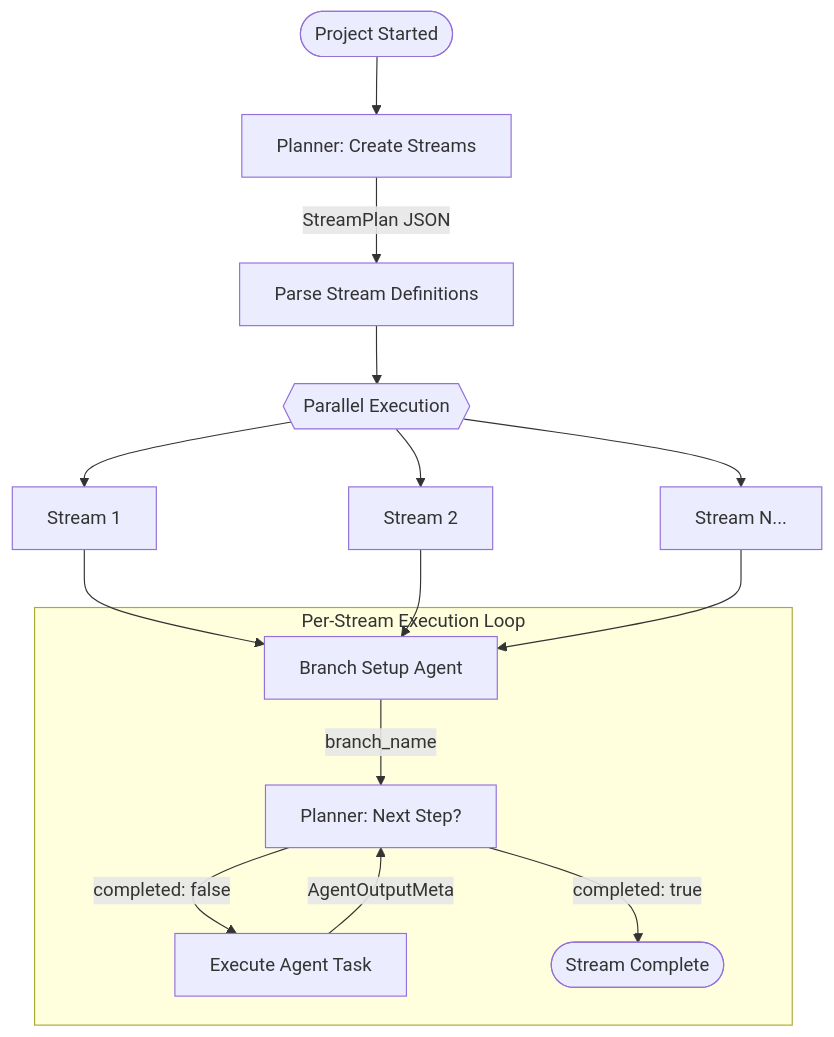
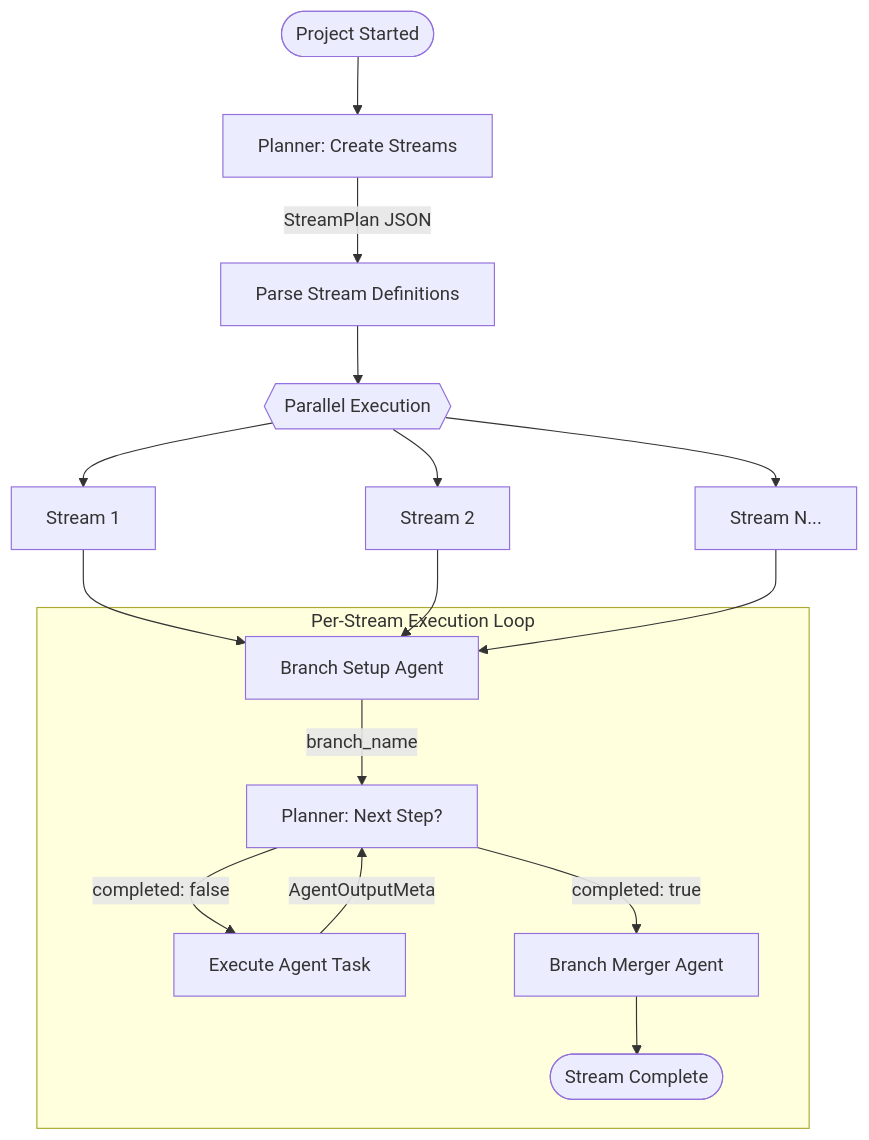
One commit to MattiasHognas/Kennel changed the first of 7 diagrams in README.md. Above: the diagram before and after it, drawn with Mermaid. The commit also changed other lines of this file and 5 other files, not shown here.

First line of the commit message:
feat: add branch merger stream finalizer

````diff
--- a/README.md
+++ b/README.md
@@ -28,21 +30,22 @@
 ```mermaid
 flowchart TD
     Start([Project Started]) --> InitPlanner[Planner: Create Streams]
     InitPlanner --> |"StreamPlan JSON"| ParseStreams[Parse Stream Definitions]
     ParseStreams --> Parallel{{"Parallel Execution"}}
     
     Parallel --> Stream1[Stream 1]
     Parallel --> Stream2[Stream 2]
     Parallel --> StreamN[Stream N...]
     
     subgraph StreamExecution["Per-Stream Execution Loop"]
         BranchSetup[Branch Setup Agent] --> |"branch_name"| PlannerDecision[Planner: Next Step?]
         PlannerDecision --> |"completed: false"| ExecuteTask[Execute Agent Task]
         ExecuteTask --> |"AgentOutputMeta"| PlannerDecision
-        PlannerDecision --> |"completed: true"| StreamDone([Stream Complete])
+        PlannerDecision --> |"completed: true"| BranchMerger[Branch Merger Agent]
+        BranchMerger --> StreamDone([Stream Complete])
     end
     
     Stream1 --> BranchSetup
     Stream2 --> BranchSetup
     StreamN --> BranchSetup
 ```
````
